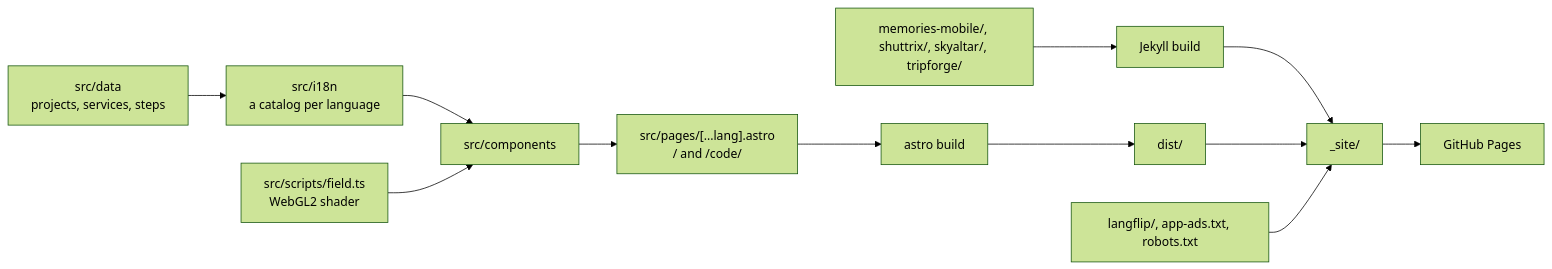
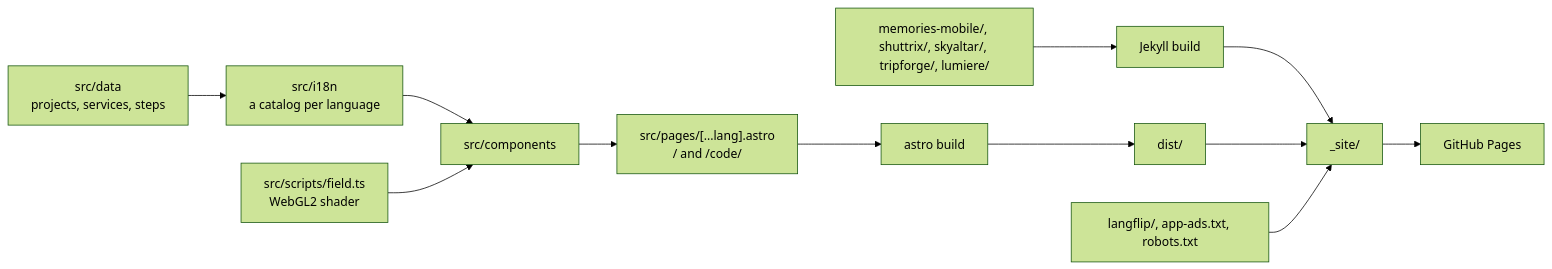
The first of 3 diagrams in docs/architecture.md (workbench-soft/workbench-soft.github.io), drawn with Mermaid (forest theme) before and after one commit. The commit also changed other lines of this file and 9 other files, not shown here.

````diff
--- a/docs/architecture.md
+++ b/docs/architecture.md
@@ -18,12 +19,12 @@
 ```mermaid
 flowchart LR
   data["src/data<br/>projects, services, steps"] --> i18n["src/i18n<br/>a catalog per language"]
   i18n --> components["src/components"]
   components --> pages["src/pages/[...lang].astro<br/>/ and /code/"]
   scripts["src/scripts/field.ts<br/>WebGL2 shader"] --> components
   pages --> astro["astro build"] --> dist["dist/"]
-  jekyll["memories-mobile/, shuttrix/, skyaltar/, tripforge/"] --> jb["Jekyll build"] --> site["_site/"]
+  jekyll["memories-mobile/, shuttrix/, skyaltar/, tripforge/, lumiere/"] --> jb["Jekyll build"] --> site["_site/"]
   dist --> site
   root["langflip/, app-ads.txt, robots.txt"] --> site
   site --> pages_["GitHub Pages"]
 ```
````
